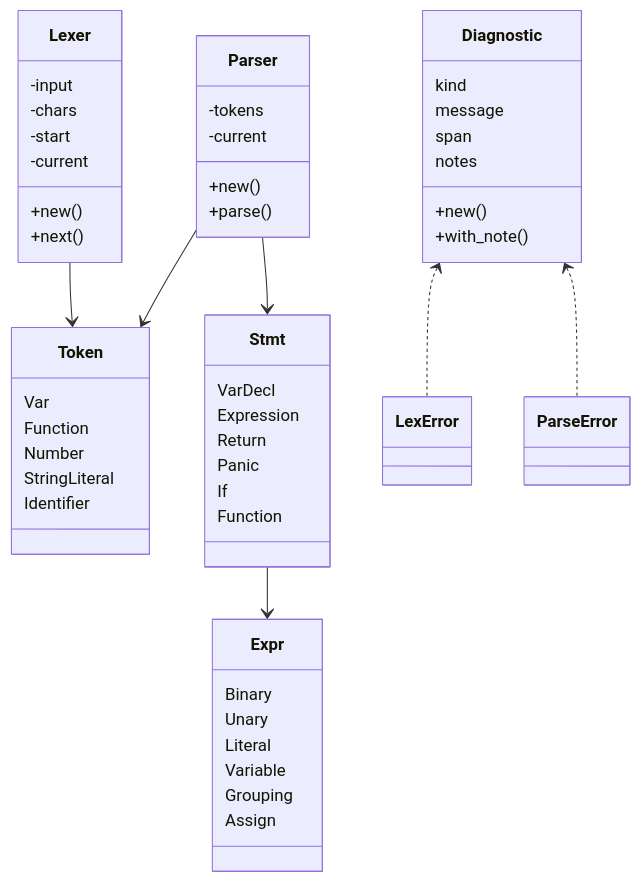
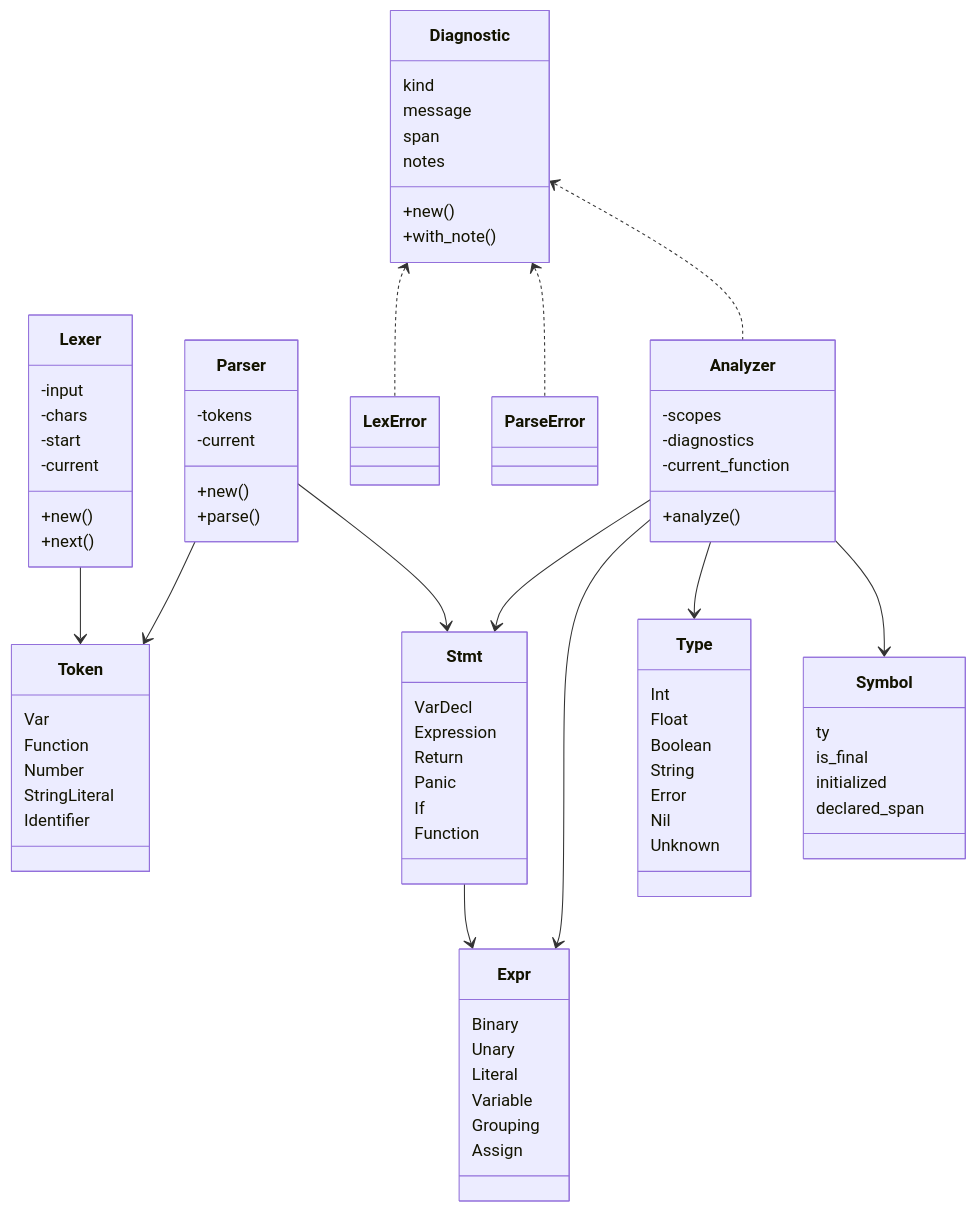
One commit to RuztyCrabs/Blazelint changed the third of 5 diagrams in docs/pipeline_overview.md. Above: the diagram before and after it, drawn with Mermaid. The commit also changed other lines of this file and 4 other files, not shown here.

````diff
--- a/docs/pipeline_overview.md
+++ b/docs/pipeline_overview.md
@@ -85,6 +100,30 @@
         +parse()
         -tokens
         -current
+    }
+
+    class Analyzer {
+        +analyze()
+        -scopes
+        -diagnostics
+        -current_function
+    }
+
+    class Type {
+        Int
+        Float
+        Boolean
+        String
+        Error
+        Nil
+        Unknown
+    }
+
+    class Symbol {
+        ty
+        is_final
+        initialized
+        declared_span
     }
 
     class Stmt {
@@ -118,6 +157,11 @@
     Parser --> Token
     Parser --> Stmt
     Stmt --> Expr
+    Analyzer --> Stmt
+    Analyzer --> Expr
+    Analyzer --> Type
+    Analyzer --> Symbol
     Diagnostic <.. LexError
     Diagnostic <.. ParseError
+    Diagnostic <.. Analyzer
 ```
````
